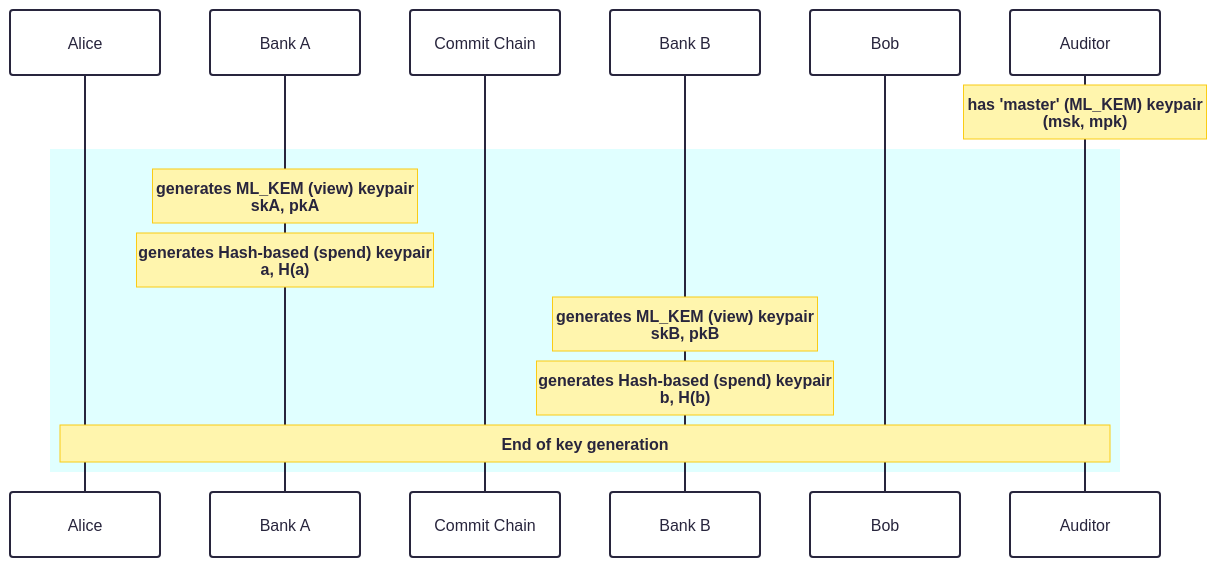
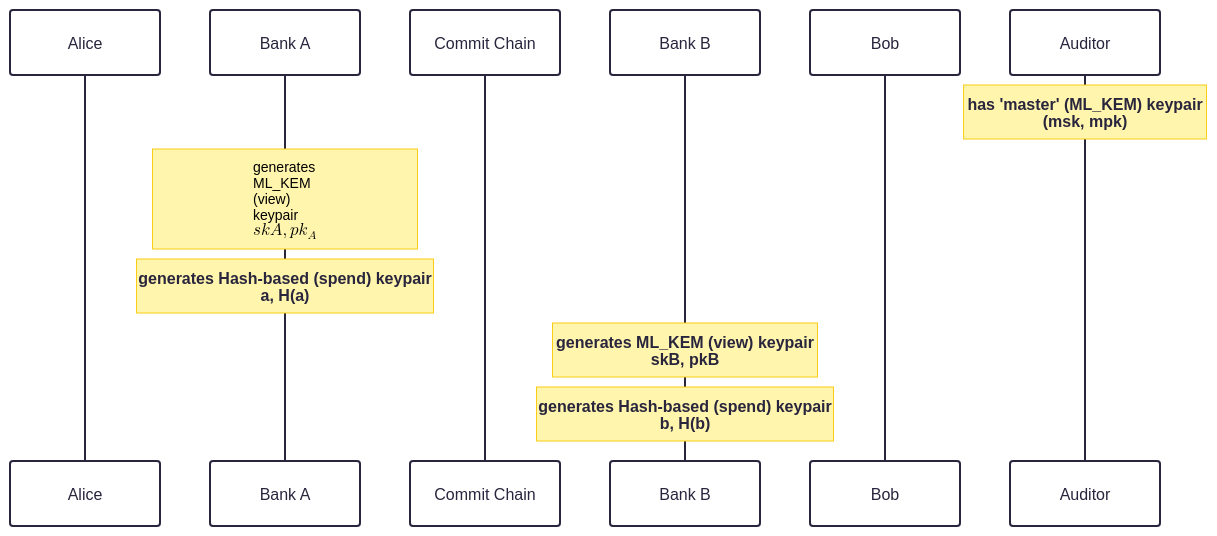
The first of 2 diagrams in enygma_payments/protocol_diagram.md (raylsnetwork/Enygma), drawn with Mermaid before and after one commit. The commit also changed other lines of this file, not shown here.

Commit message:
Rename section from Key Registration to Key Generation

````diff
--- a/enygma_payments/protocol_diagram.md
+++ b/enygma_payments/protocol_diagram.md
@@ -4,31 +4,26 @@
 ```mermaid
 ---
 config:
   theme: redux
   look: handDrawn
 ---
 sequenceDiagram
       participant A as Alice
       participant PLA as Bank A
       participant CC as Commit Chain
       participant PLB as Bank B
       participant B as Bob
       participant AA as Auditor
 
 note over AA: has 'master' (ML_KEM) keypair<br>(msk, mpk)
 
   %%% KEY GENERATION PROTOCOL
-  rect rgb(224, 255, 255)
 
-    note over PLA: generates ML_KEM (view) keypair<br> skA, pkA
+    note over PLA: generates ML_KEM (view) keypair<br> $$skA, pk_A$$
     note over PLA: generates Hash-based (spend) keypair<br>a, H(a)
     
     note over PLB: generates ML_KEM (view) keypair<br> skB, pkB
     note over PLB: generates Hash-based (spend) keypair<br>b, H(b)
-    
-    note over A, AA: End of key generation
-
-  end
 
 
 ```
````
